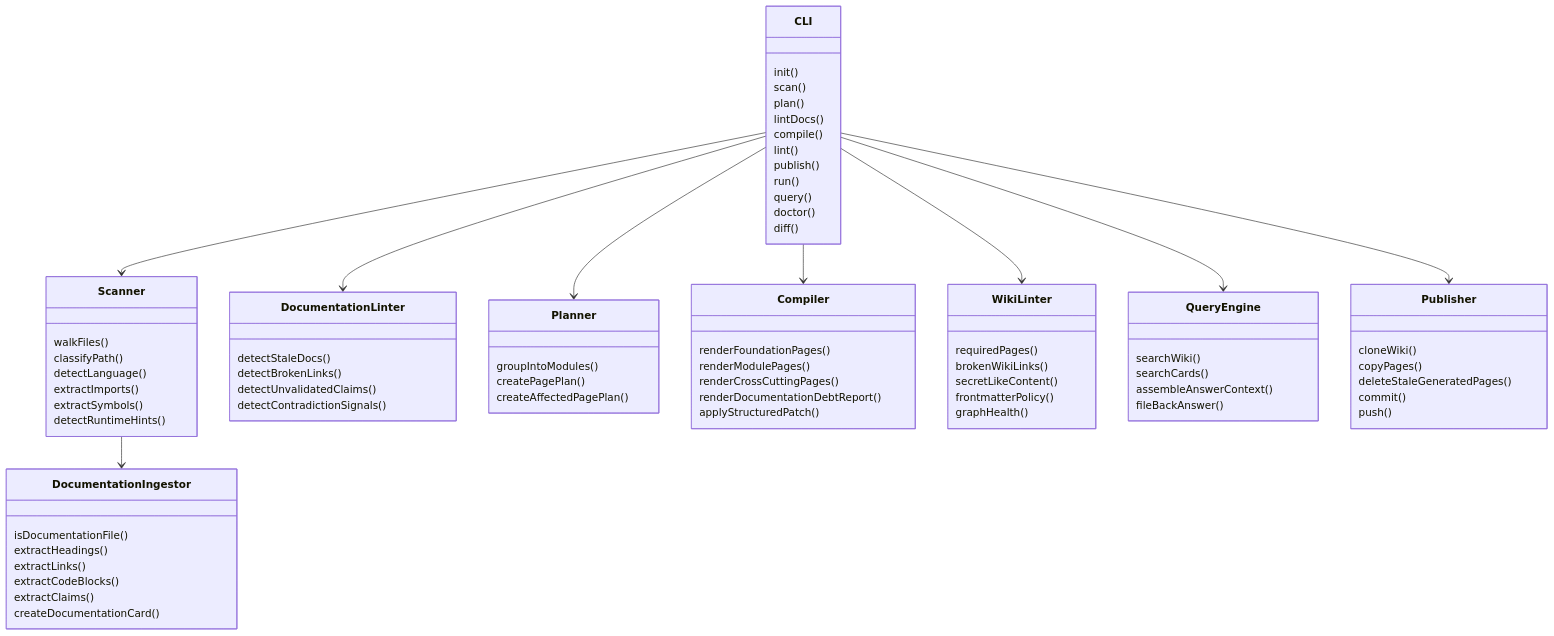
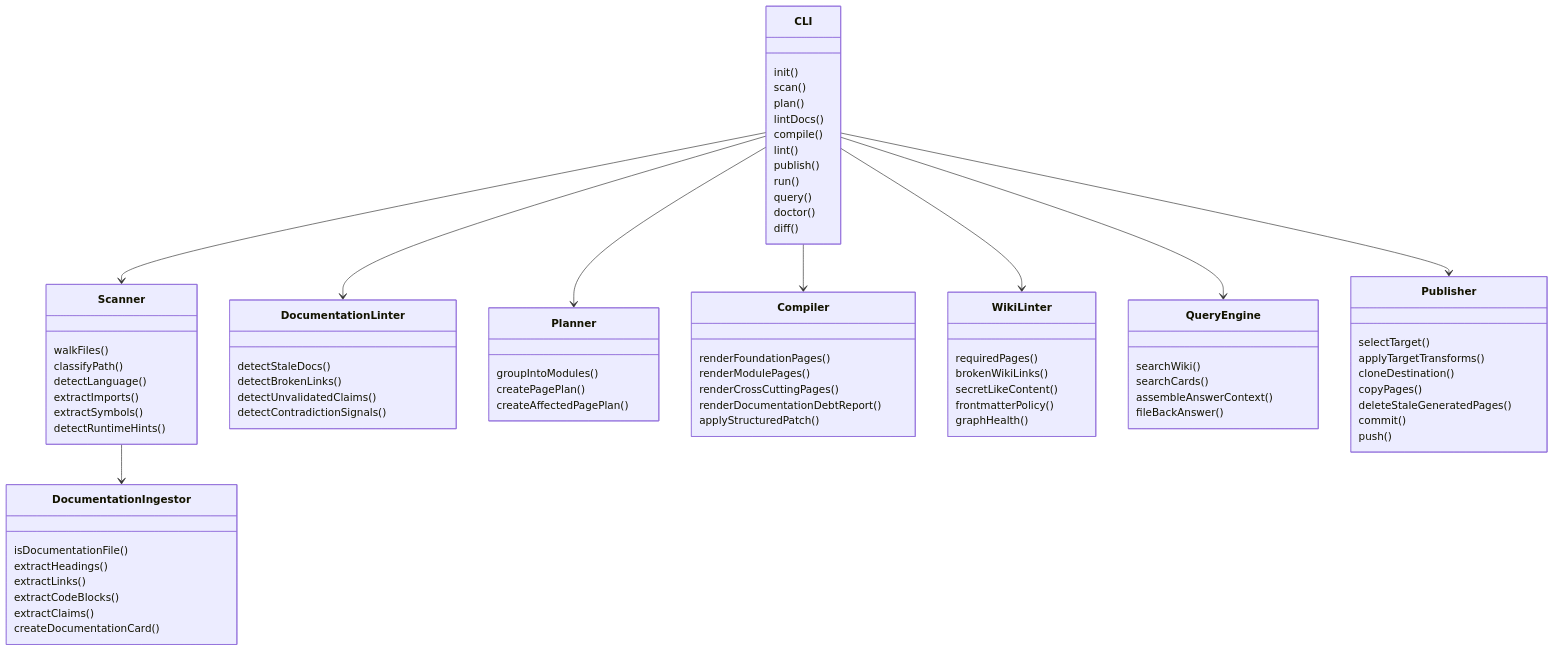
One commit to mfittko/repo-wiki changed the eighth of 10 diagrams in docs/PLAN.md. Above: the diagram before and after it, drawn with Mermaid. The commit also changed other lines of this file, not shown here.

```diff
--- a/docs/PLAN.md
+++ b/docs/PLAN.md
@@ -416,7 +425,9 @@
   }
 
   class Publisher {
-    cloneWiki()
+    selectTarget()
+    applyTargetTransforms()
+    cloneDestination()
     copyPages()
     deleteStaleGeneratedPages()
     commit()
```
